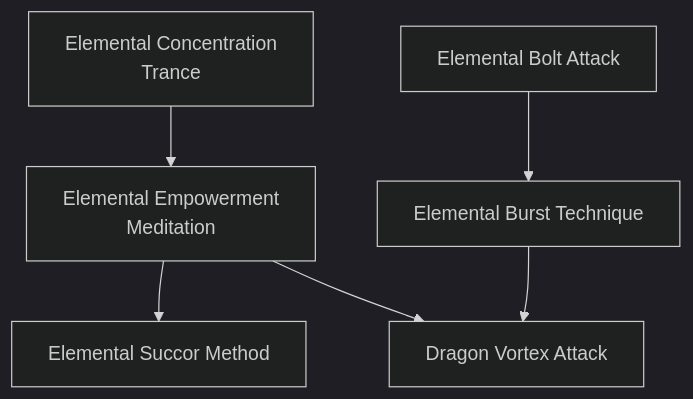
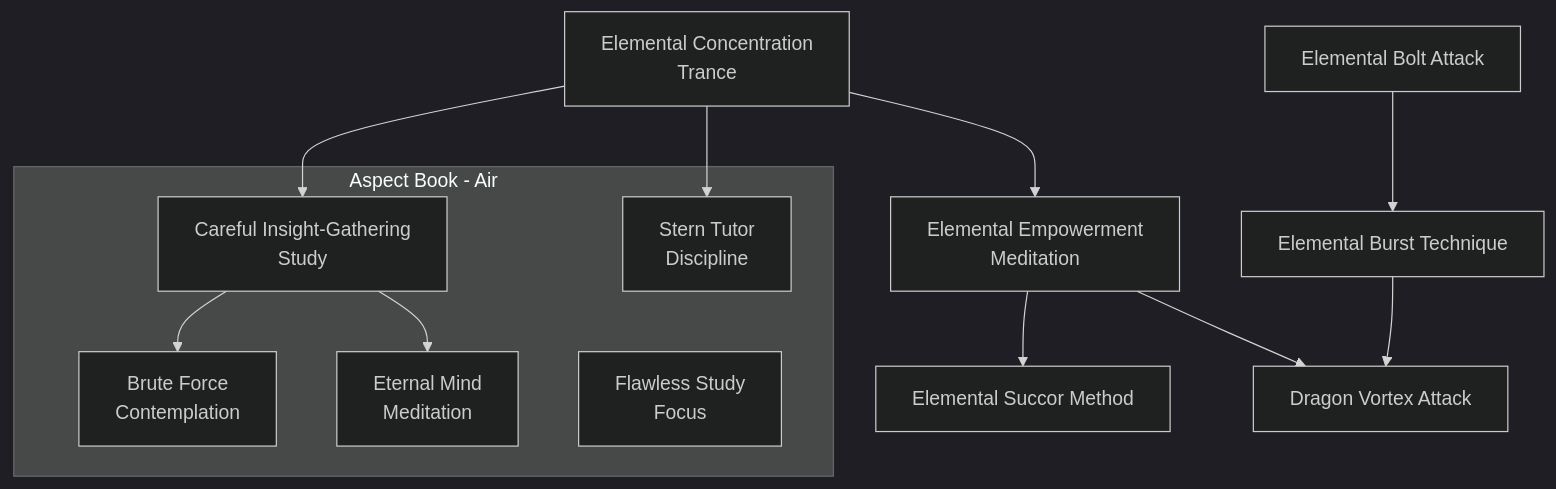
Before and after one commit to jrobichaud/exalted-charms-1e: the diagram in docs/mermaid/dragon_blooded/air_lore_2.mmd, drawn with Mermaid. The commit also changed 5 other files, not shown here.

Commit message:
Aspect Book - Air charms

```diff
--- a/docs/mermaid/dragon_blooded/air_lore_2.mmd
+++ b/docs/mermaid/dragon_blooded/air_lore_2.mmd
@@ -166,3 +166,197 @@
         can voluntarily terminate it before its duration expires,
         although killing the character will end it.
         "
+
+    subgraph Aspect Book - Air
+        careful_insight_gathering_study[Careful Insight-Gathering<br>Study]
+        click careful_insight_gathering_study callback "
+            Careful Insight-Gathering Study<br>
+            <br>
+            Cost: 2 motes and one hour per success<br>
+            Duration: Varies<br>
+            Type: Supplemental<br>
+            Minimum Lore: 3<br>
+            Minimum Essence: 2<br>
+            Prerequisite Charms: Elemental Concentration Trance<br>
+            <br>
+            Diligence and intellect, properly applied, can
+            surmount the most difficult of systemic or academic
+            pursuits. Diligence and intellect coupled with the
+            magical acumen of a talented Exalt can accomplish in
+            a matter of hours what could otherwise require months
+            of work from a dedicated team of scholars.<br>
+            Through the use of this Charm, a Dragon-Blooded
+            scholar can virtually guarantee high-quality results on
+            any academic or systemic task by using Essence to
+            strengthen and structure his thoughts and mind, gain-
+            ing a crystalline clarity. For each hour of dedicated
+            work and 2 motes of Essence, the Dragon-Blood's
+            player gains an automatic success on any roll pertain-
+            ing to academic studies, research, analysis or any
+            other type of &quot;book work&quot; the character is conducting,
+            to a maximum of the character's Lore Ability (including
+            specialties, if applicable).<br>
+            The hours spent in study for the use of this Charm
+            must be concurrent, and any interruption of the
+            character's activities will require him to begin anew,
+            losing any Essence spent in the Charm's activation.
+            Due to the highly structured changes worked on the
+            mind by use of this Charm, characters suffer an effective
+            -1 penalty to their Compassion Virtue Trait for a
+            number of hours after using this Charm equal to the
+            number of hours of study (even if the Charm fails due
+            to interruption). Those who make repeated, long-term
+            use of this Charm grow detached and often cold
+            toward others. Storytellers may reduce the Compas-
+            sion of characters who rely overmuch on this Charm
+            but should warn players if they think their characters
+            are overusing the Charm. Generally, more uses per
+            lunar month than a character's Essence should be
+            considered abuse.
+            "
+
+        brute_force_contemplation[Brute Force<br>Contemplation]
+        click brute_force_contemplation callback "
+            Brute Force Contemplation<br>
+            <br>
+            Cost: 2 motes per success<br>
+            Duration: Instant<br>
+            Type: Supplemental<br>
+            Minimum Lore: 4<br>
+            Minimum Essence: 4<br>
+            Prerequisite Charms: Careful Insight-Gathering Study<br>
+            <br>
+            Sometimes, solutions to complicated problems
+            are needed on the spot, without the luxury of analysis
+            by engineers or scholars. When a dam or other vital
+            structure is damaged, for example, an effective plan
+            must be made before the structure fails and further
+            hampers normal operating procedures.<br>
+            A Terrestrial scholar may bring the full force of
+            his mind and accumulated academic training to bear
+            on a single problem with the use of this Charm,
+            straining his mind with Essence and condensing days
+            of analysis into a single, staggering moment of insight.
+            For every 2 motes of Essence spent, the character
+            may purchase an automatic success on any roll involving
+            an analytical or scholarly task, up to a limit
+            of his Lore Ability. The remainder of the pool is then
+            rolled normally. The character's player must then
+            roll to soak, using the Dragon-Blood's Wits At-
+            tribute, a number of bashing health levels equal to
+            the total successes on the roll, as the Exalt attempts
+            to mentally digest and sort the rush of information.
+            It is common, after using this Charm, for a character
+            to experience violent nosebleeds, sporadic weakening
+            of vision and hearing and excruciating headaches.
+            Regardless of the results of the soak roll, each use of
+            this Charm counts as a full day's exertion for the
+            character, who must then deal with the effects of
+            sleep deprivation or use a Charm or item to counter
+            it. The bashing damage dealt through the use of this
+            Charm may be healed using whatever methods are
+            available to the character.
+            "
+        eternal_mind_meditation[Eternal Mind<br>Meditation]
+        click eternal_mind_meditation callback "
+            Eternal Mind Meditation<br>
+            <br>
+            Cost: 2 motes, 1 Willpower<br>
+            Duration: Instant<br>
+            Type: Simple<br>
+            Minimum Lore: 3<br>
+            Minimum Essence: 3<br>
+            Prerequisite Charms: Careful Insight-Gathering Study<br>
+            <br>
+            With a potential lifespan of centuries, and those
+            centuries almost surely densely packed with all manner
+            of both excitement and study, the memories of the
+            Dragon-Blooded can become quite cluttered. Dedicated
+            scholars especially, who have a long lifetime's
+            worth of books and observations on which they likely
+            wish to meditate, find that the enervation of the
+            memory with Essence can allow them near-perfect
+            recall of any event they have witnessed or any mate-
+            rial they have read.<br>
+            After spending the required Essence, a Dragon-Blood
+            spends a moment in contemplation, and his
+            player rolls the Exalt's Intelligence + Lore, with the
+            number of successes indicating how far into his memory
+            the Dragon-Blood may explore. One success is enough
+            to recall a hurried conversation from a few years prior,
+            while five allows the user to reexperience events from
+            primary school. Some savants have even claimed to
+            recall memories of time spent in their mothers' wombs
+            through the use of this Charm.<br>
+            While using this Charm, the character is not
+            helpless or unaware of his surroundings, as he is not
+            truly immersed in reexperiencing the events of his
+            past. He experiences them normally, as memories,
+            simply perfectly detailed and accurate memories.
+            "
+
+        flawless_study_focus[Flawless Study<br>Focus]
+        click flawless_study_focus callback "
+            Flawless Study Focus<br>
+            <br>
+            Cost: 3 motes per success<br>
+            Duration: Instant<br>
+            Type: Supplemental<br>
+            Minimum Lore: 3<br>
+            Minimum Essence: 3<br>
+            Prerequisite Charms: Any 3 Lore Charms<br>
+            <br>
+            Savants entertain a great variety of individually
+            focused fields of study. Nearly every scholar, dabbler
+            and professional alike, has her favored era of history,
+            mathematical discipline or school of philosophy. True
+            pundits, through the use of this Charm, can enjoy
+            flawlessly reliable intuition and produce repeatable
+            results within their chosen areas of focus.<br>
+            For every 3 motes of Essence spent to fuel the
+            use of this Charm, one of the character's levels of a
+            Lore specialty can be converted to an automatic
+            success. The rest of the character's Lore pool is
+            rolled normally.
+            "
+
+        stern_tutor_discipline[Stern Tutor<br>Discipline]
+        click stern_tutor_discipline callback "
+            Stern Tutor Discipline<br>
+            <br>
+            Cost: 2 motes + 1 mote per student<br>
+            Duration: One day<br>
+            Type: Simple<br>
+            Minimum Lore: 4<br>
+            Minimum Essence: 2<br>
+            Prerequisite Charms: Elemental Concentration Trance<br>
+            <br>
+            Individual study, for a savant, may be a relaxing
+            and prestigious pastime, regardless of the specific area
+            of endeavor. Professional undertakings and the work
+            of students do not allow for the slow pace and low
+            pressure necessary to produce the results enjoyed by
+            those who study for leisure. In such cases, and others,
+            it is efficient and effective to establish a hierarchy
+            within which the more skilled savants are on hand to
+            advise and to proof the work of the lesser savants or
+            students. An overseer who uses this Charm can take
+            this methodology a step further, weaving connections
+            of Essence between herself and those under her to
+            maximize the collective cognition of the group.<br>
+            On activation of the Charm, the player rolls his
+            character's Charisma + Lore. For the remainder of the
+            day's study, the character may use these successes as a
+            pool from which he can reflexively allocate additional
+            dice to rolls made by those under his tutelage, including
+            during a roll that has resulted in a failure or botch.
+            The character can, for example, add dice one at a time
+            to his charge's roll until the pool of extra dice is
+            depleted or the charge cancels his botch or failure.
+            "
+    end
+
+    elemental_concentration_trance --> careful_insight_gathering_study
+    careful_insight_gathering_study --> eternal_mind_meditation
+    careful_insight_gathering_study --> brute_force_contemplation
+    elemental_concentration_trance --> stern_tutor_discipline
```
